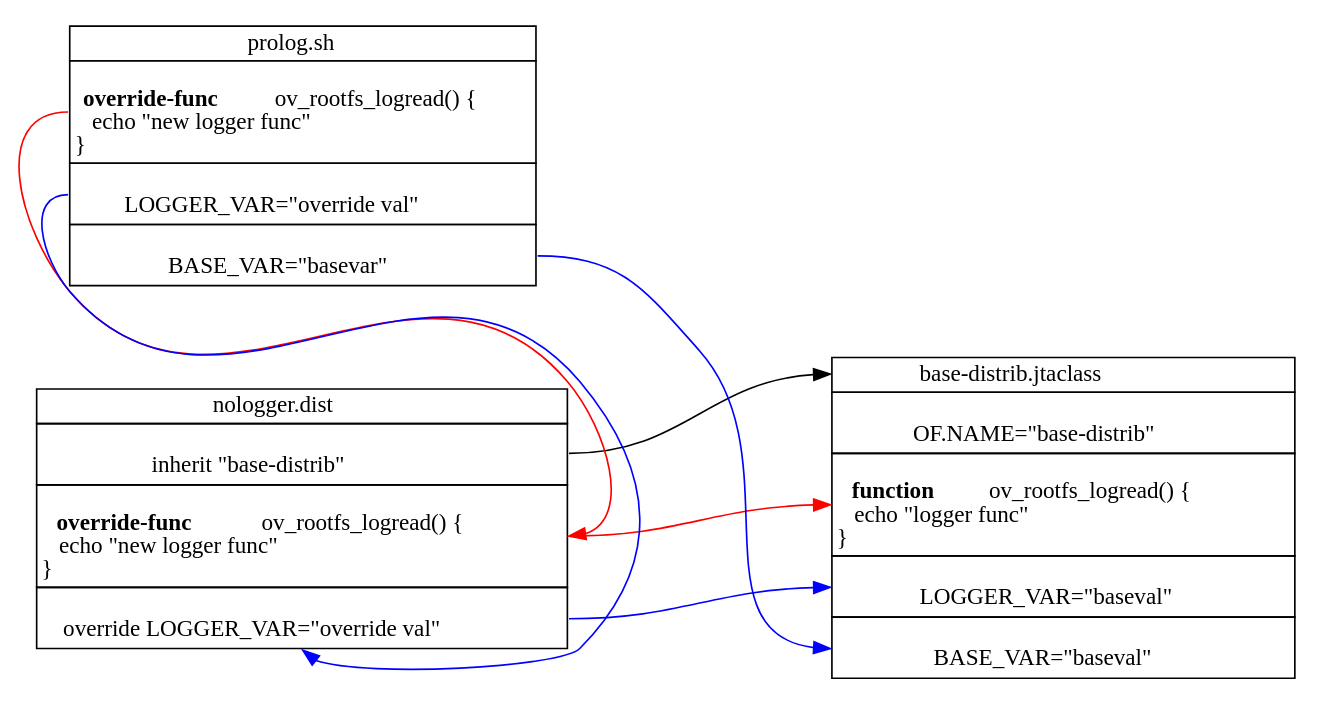
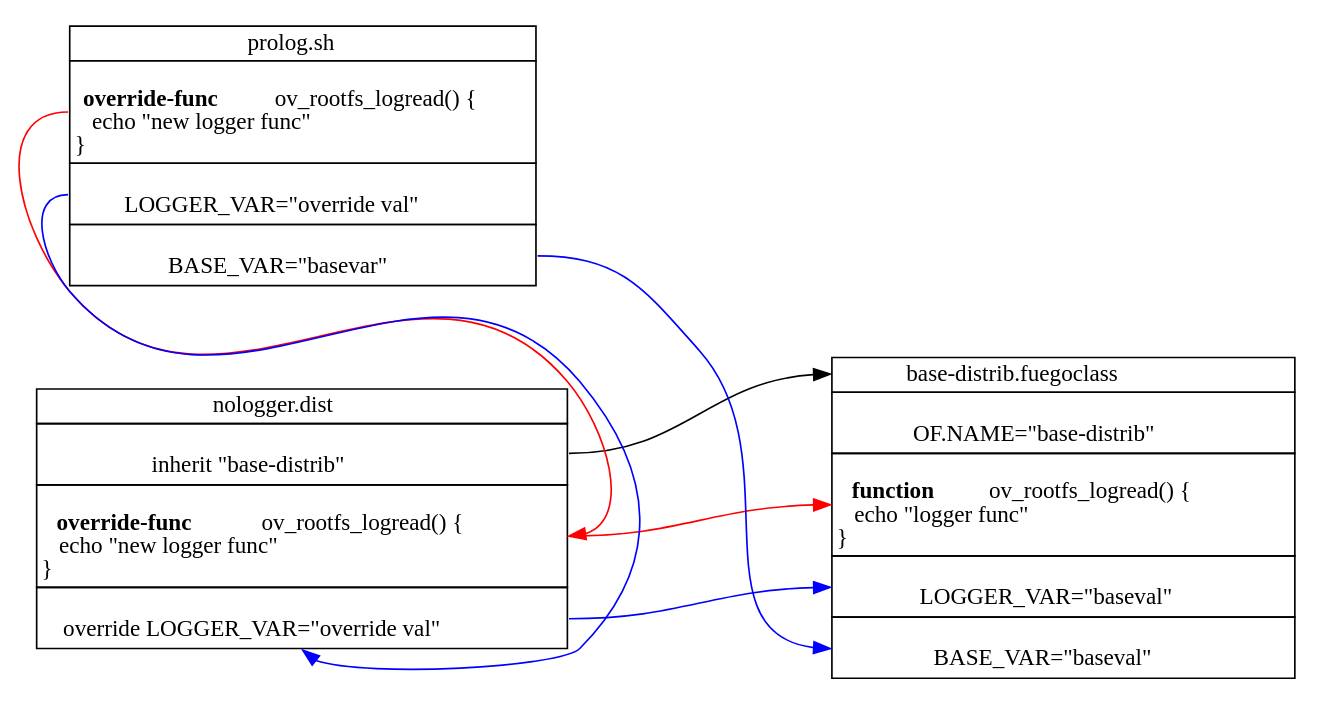
One commit to vh21/fuego changed the diagram in docs/source/overlays_example.dot. Above: the diagram before and after it, drawn with Graphviz. The commit also changed 37 other files, not shown here.

```diff
--- a/docs/source/overlays_example.dot
+++ b/docs/source/overlays_example.dot
@@ -1,60 +1,60 @@
 digraph Overlay {
         graph[nodesep=2,ordering=in, // splines=ortho
               rank=same
               ]
 
               subgraph ovs {
         base [shape=none, fontname="Nimbus Mono", rankdir=LR,
               label=<
               <TABLE BORDER="0" CELLBORDER="1" CELLSPACING="0">
-              <TR><TD PORT="bd">base-distrib.jtaclass</TD></TR>
+              <TR><TD PORT="bd">base-distrib.fuegoclass</TD></TR>
               <TR><TD PORT="ofn"><BR ALIGN="left"/>OF.NAME="base-distrib"</TD></TR>
 <TR><TD PORT="func">
 <BR ALIGN="left"/> <B> function </B> ov_rootfs_logread() {
 <BR ALIGN="left"/>    echo "logger func"
 <BR ALIGN="left"/> } <BR ALIGN="left"/>
 </TD> </TR>
 <TR> <TD PORT="lv"><BR ALIGN="left"/>LOGGER_VAR="baseval" </TD> </TR>
 <TR> <TD PORT="bv"><BR ALIGN="left"/>BASE_VAR="baseval" </TD> </TR>
 </TABLE>>]
 
         overlay [shape=none, fontname="Nimbus Mono", rankdir=LR,
                  label=<
                  <TABLE BORDER="0" CELLBORDER="1" CELLSPACING="0">
                 <TR><TD PORT="noh">nologger.dist</TD></TR>
                 <TR><TD PORT="inh"><BR ALIGN="left"/>inherit "base-distrib"</TD></TR>
                 <TR><TD PORT="ovf">
 <BR ALIGN="left"/> <B> override-func </B> ov_rootfs_logread() {
 <BR ALIGN="left"/>    echo "new logger func"
 <BR ALIGN="left"/> } <BR ALIGN="left"/>
 </TD> </TR>
 <TR> <TD PORT="olv"><BR ALIGN="left"/>override LOGGER_VAR="override val" </TD> </TR>
 </TABLE>>]
               }
 
 
         prolog [shape=none,label=< <TABLE BORDER="0" CELLBORDER="1" CELLSPACING="0">
                 <TR><TD PORT="prologhead">prolog.sh</TD></TR>
                 <TR><TD PORT="pfn">
 <BR ALIGN="left"/> <B> override-func </B> ov_rootfs_logread() {
 <BR ALIGN="left"/>    echo "new logger func"
 <BR ALIGN="left"/> } <BR ALIGN="left"/>
 </TD> </TR>
 <TR> <TD PORT="plv"><BR ALIGN="left"/>LOGGER_VAR="override val" </TD> </TR>
 <TR> <TD PORT="pbv"><BR ALIGN="left"/>BASE_VAR="basevar" </TD> </TR>
 </TABLE>>]
                                  
 
 overlay:inh -> base:bd
 edge [color="red"]
         prolog:pfn -> overlay:ovf
         overlay:ovf -> base:func
         
 
         edge [color="blue"]
 
         overlay:olv -> base:lv
 
         prolog:plv -> overlay:olv
         prolog:pbv -> base:bv
 }
```
